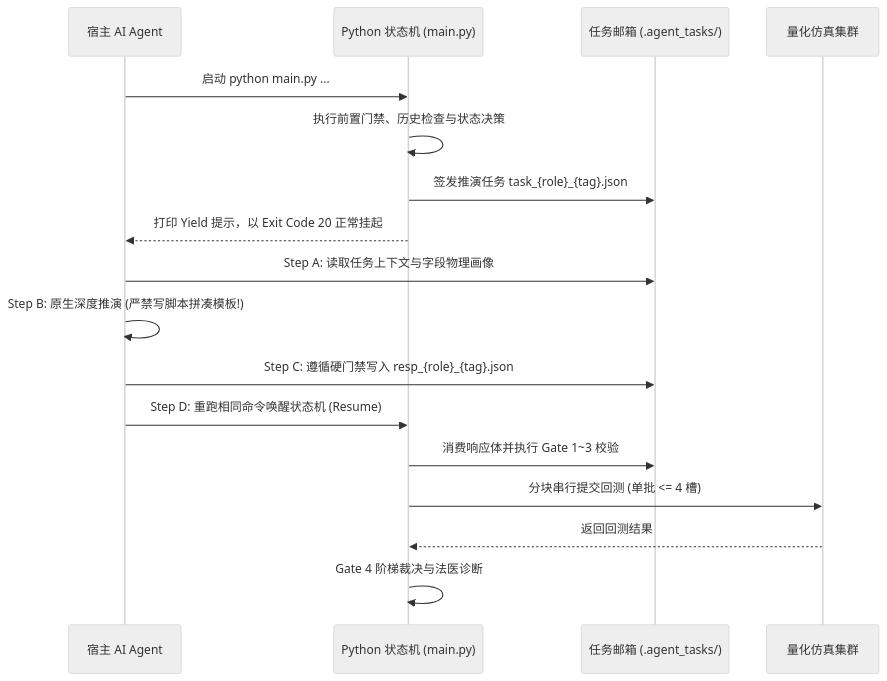
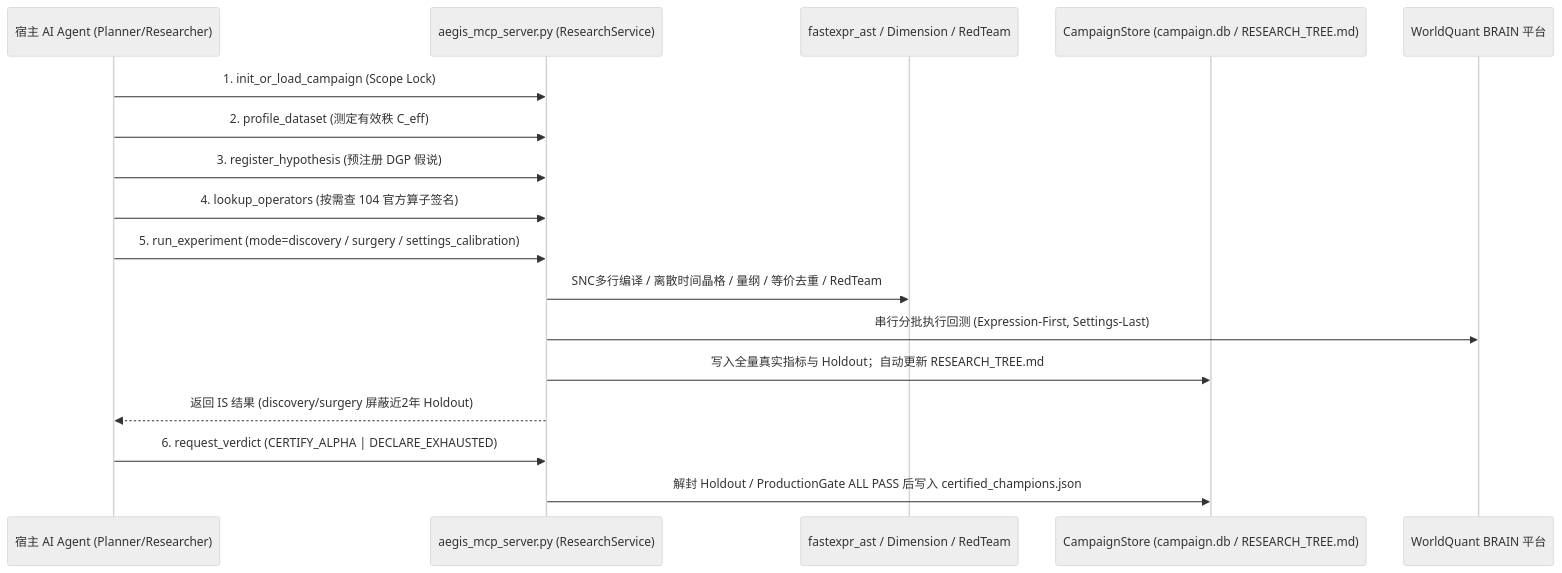
Before and after one commit to Joe-Goldbug/quant_framework: the third of 3 diagrams in README.md, drawn with Mermaid (neutral theme). The commit also changed other lines of this file and 395 other files, not shown here.

Commit message:
feat(aegis-v4.1.1): host-driven MCP architecture, strict SNC/lattice compiler, live brain-mcp contract, seed hydration, and full 171-test regression

````diff
--- a/README.md
+++ b/README.md
@@ -146,20 +146,20 @@
 ```mermaid
 sequenceDiagram
-    participant Host as 宿主 AI Agent
-    participant SM as Python 状态机 (main.py)
-    participant Tasks as 任务邮箱 (.agent_tasks/)
-    participant Sim as 量化仿真集群
+    participant Host as 宿主 AI Agent (Planner/Researcher)
+    participant MCP as aegis_mcp_server.py (ResearchService)
+    participant AST as fastexpr_ast / Dimension / RedTeam
+    participant DB as CampaignStore (campaign.db / RESEARCH_TREE.md)
+    participant Brain as WorldQuant BRAIN 平台
 
-    Host->>SM: 启动 python main.py ...
-    SM->>SM: 执行前置门禁、历史检查与状态决策
-    SM->>Tasks: 签发推演任务 task_{role}_{tag}.json
-    SM-->>Host: 打印 Yield 提示，以 Exit Code 20 正常挂起
-    Host->>Tasks: Step A: 读取任务上下文与字段物理画像
-    Host->>Host: Step B: 原生深度推演 (严禁写脚本拼凑模板!)
-    Host->>Tasks: Step C: 遵循硬门禁写入 resp_{role}_{tag}.json
-    Host->>SM: Step D: 重跑相同命令唤醒状态机 (Resume)
-    SM->>Tasks: 消费响应体并执行 Gate 1~3 校验
-    SM->>Sim: 分块串行提交回测 (单批 <= 4 槽)
-    Sim-->>SM: 返回回测结果
-    SM->>SM: Gate 4 阶梯裁决与法医诊断
+    Host->>MCP: 1. init_or_load_campaign (Scope Lock)
+    Host->>MCP: 2. profile_dataset (测定有效秩 C_eff)
+    Host->>MCP: 3. register_hypothesis (预注册 DGP 假说)
+    Host->>MCP: 4. lookup_operators (按需查 104 官方算子签名)
+    Host->>MCP: 5. run_experiment (mode=discovery / surgery / settings_calibration)
+    MCP->>AST: SNC多行编译 / 离散时间晶格 / 量纲 / 等价去重 / RedTeam
+    MCP->>Brain: 串行分批执行回测 (Expression-First, Settings-Last)
+    MCP->>DB: 写入全量真实指标与 Holdout；自动更新 RESEARCH_TREE.md
+    MCP-->>Host: 返回 IS 结果 (discovery/surgery 屏蔽近2年 Holdout)
+    Host->>MCP: 6. request_verdict (CERTIFY_ALPHA | DECLARE_EXHAUSTED)
+    MCP->>DB: 解封 Holdout / ProductionGate ALL PASS 后写入 certified_champions.json
 ```
````
